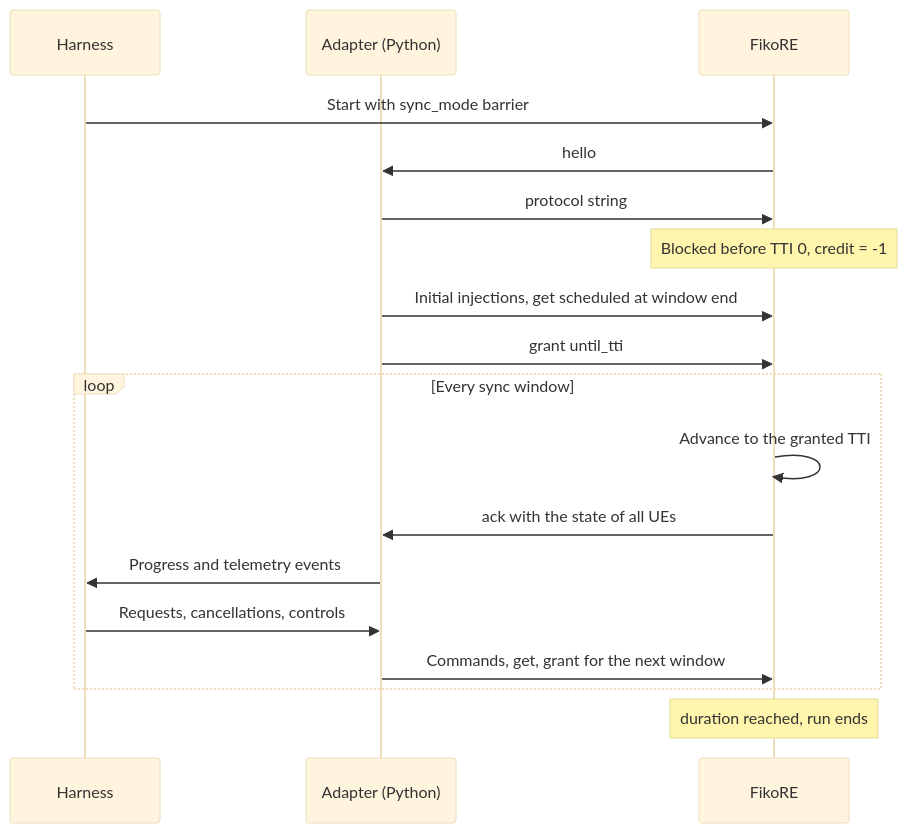
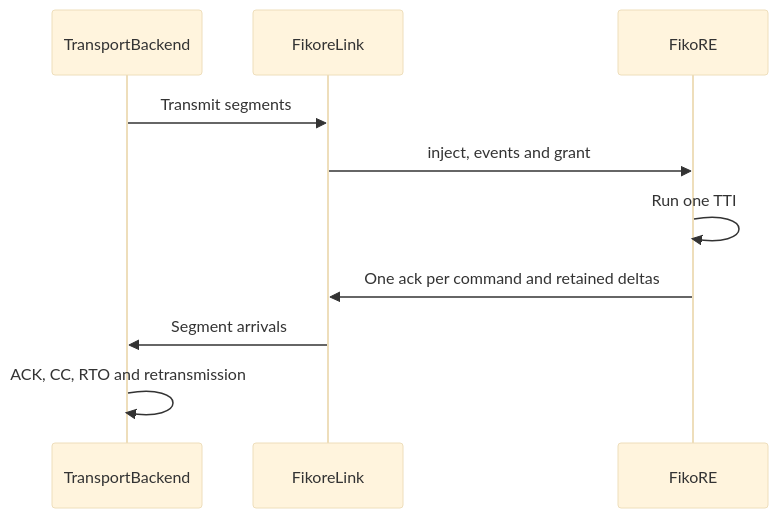
Before and after one commit to VQEG/cap-csp-collaboration-test-pilot: the diagram in docs/fikore-cosim.md, drawn with Mermaid (base theme). The commit also changed other lines of this file and 12 other files, not shown here.

````diff
--- a/docs/fikore-cosim.md
+++ b/docs/fikore-cosim.md
@@ -54,20 +72,12 @@
 ```mermaid
 sequenceDiagram
-    participant H as Harness
-    participant A as Adapter (Python)
+    participant T as TransportBackend
+    participant L as FikoreLink
     participant F as FikoRE
-    H->>F: Start with sync_mode barrier
-    F->>A: hello
-    A->>F: protocol string
-    Note over F: Blocked before TTI 0, credit = -1
-    A->>F: Initial injections, get scheduled at window end
-    A->>F: grant until_tti
-    loop Every sync window
-        F->>F: Advance to the granted TTI
-        F->>A: ack with the state of all UEs
-        A->>H: Progress and telemetry events
-        H->>A: Requests, cancellations, controls
-        A->>F: Commands, get, grant for the next window
-    end
-    Note over F: duration reached, run ends
+    T->>L: Transmit segments
+    L->>F: inject, events and grant
+    F->>F: Run one TTI
+    F->>L: One ack per command and retained deltas
+    L->>T: Segment arrivals
+    T->>T: ACK, CC, RTO and retransmission
 ```
````
